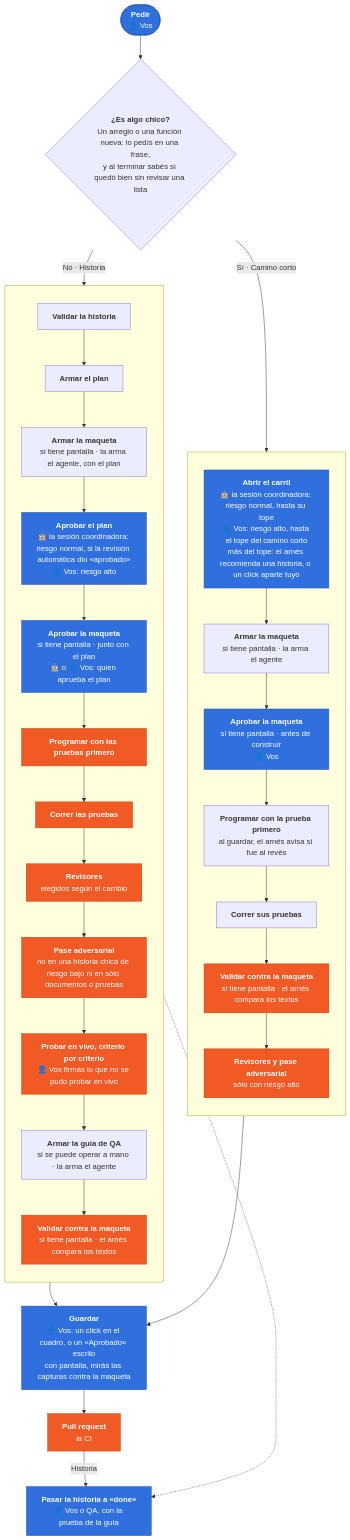
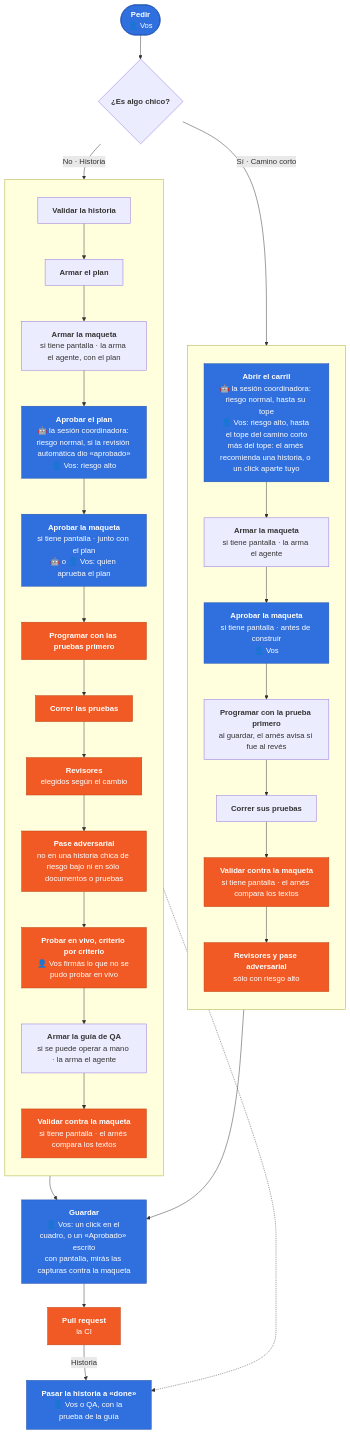
The diagram in README.es.md (TYCON-SA/tycon-harness), drawn with Mermaid before and after one commit. The commit also changed 1 other file, not shown here.

Commit message:
docs(portada): en el rombo del diagrama va sólo la pregunta
En GitHub, la frase entera partía el rombo en diez renglones. La frase sigue justo arriba
del diagrama.

Claude-Session: https://claude.ai/code/session_01X1hAFZvgPQGBTnMt2cMwGi

````diff
--- a/README.es.md
+++ b/README.es.md
@@ -69,38 +69,38 @@
 ```mermaid
 flowchart TB
-  pedir(["<b>Pedir</b><br/>👤 Vos"]) --> chico{"<b>¿Es algo chico?</b><br/>Un arreglo o una función nueva: lo pedís en una frase,<br/>y al terminar sabés si quedó bien sin revisar una lista"}
+  pedir(["<b>Pedir</b><br/>👤 Vos"]) --> chico{"<b>¿Es algo chico?</b>"}
   chico -- "Sí · Camino corto" --> r1
   chico -- "No · Historia" --> h1
   subgraph corto [" "]
     direction TB
     r1["<b>Abrir el carril</b><br/>🤖 la sesión coordinadora: riesgo normal, hasta su tope<br/>👤 Vos: riesgo alto, hasta el tope del camino corto<br/>más del tope: el arnés recomienda una historia, o un click aparte tuyo"] --> r0m["<b>Armar la maqueta</b><br/>si tiene pantalla · la arma el agente"]
     r0m --> r1m["<b>Aprobar la maqueta</b><br/>si tiene pantalla · antes de construir<br/>👤 Vos"]
     r1m --> r2["<b>Programar con la prueba primero</b><br/>al guardar, el arnés avisa si fue al revés"]
     r2 --> r3["<b>Correr sus pruebas</b>"]
     r3 --> r3c["<b>Validar contra la maqueta</b><br/>si tiene pantalla · el arnés compara los textos"]
     r3c --> r4["<b>Revisores y pase adversarial</b><br/>sólo con riesgo alto"]
   end
   subgraph historia [" "]
     direction TB
     h1["<b>Validar la historia</b>"] --> h2["<b>Armar el plan</b>"]
     h2 --> h2m["<b>Armar la maqueta</b><br/>si tiene pantalla · la arma el agente, con el plan"]
     h2m --> h3["<b>Aprobar el plan</b><br/>🤖 la sesión coordinadora: riesgo normal, si la revisión automática dio «aprobado»<br/>👤 Vos: riesgo alto"]
     h3 --> h3m["<b>Aprobar la maqueta</b><br/>si tiene pantalla · junto con el plan<br/>🤖 o 👤 Vos: quien aprueba el plan"]
     h3m --> h4["<b>Programar con las pruebas primero</b>"]
     h4 --> h5["<b>Correr las pruebas</b>"]
     h5 --> h6["<b>Revisores</b><br/>elegidos según el cambio"]
     h6 --> h7["<b>Pase adversarial</b><br/>no en una historia chica de riesgo bajo ni en sólo documentos o pruebas"]
     h7 --> h8["<b>Probar en vivo, criterio por criterio</b><br/>👤 Vos firmás lo que no se pudo probar en vivo"]
     h8 --> hq["<b>Armar la guía de QA</b><br/>si se puede operar a mano · la arma el agente"]
     hq --> h9["<b>Validar contra la maqueta</b><br/>si tiene pantalla · el arnés compara los textos"]
   end
   r4 --> g1["<b>Guardar</b><br/>👤 Vos: un click en el cuadro, o un «Aprobado» escrito<br/>con pantalla, mirás las capturas contra la maqueta"]
   h9 --> g1
   g1 --> g2["<b>Pull request</b><br/>la CI"]
   g2 -- "Historia" --> g3["<b>Pasar la historia a «done»</b><br/>👤 Vos o QA, con la prueba de la guía"]
   hq -.-> g3
   classDef decide fill:#2f6fde,stroke:#1f4fa8,color:#ffffff
   classDef control fill:#F15A24,stroke:#b8410f,color:#ffffff
   class pedir,r1,r1m,h3,h3m,g1,g3 decide
   class r3c,r4,h4,h5,h6,h7,h8,h9,g2 control
 ```
````
